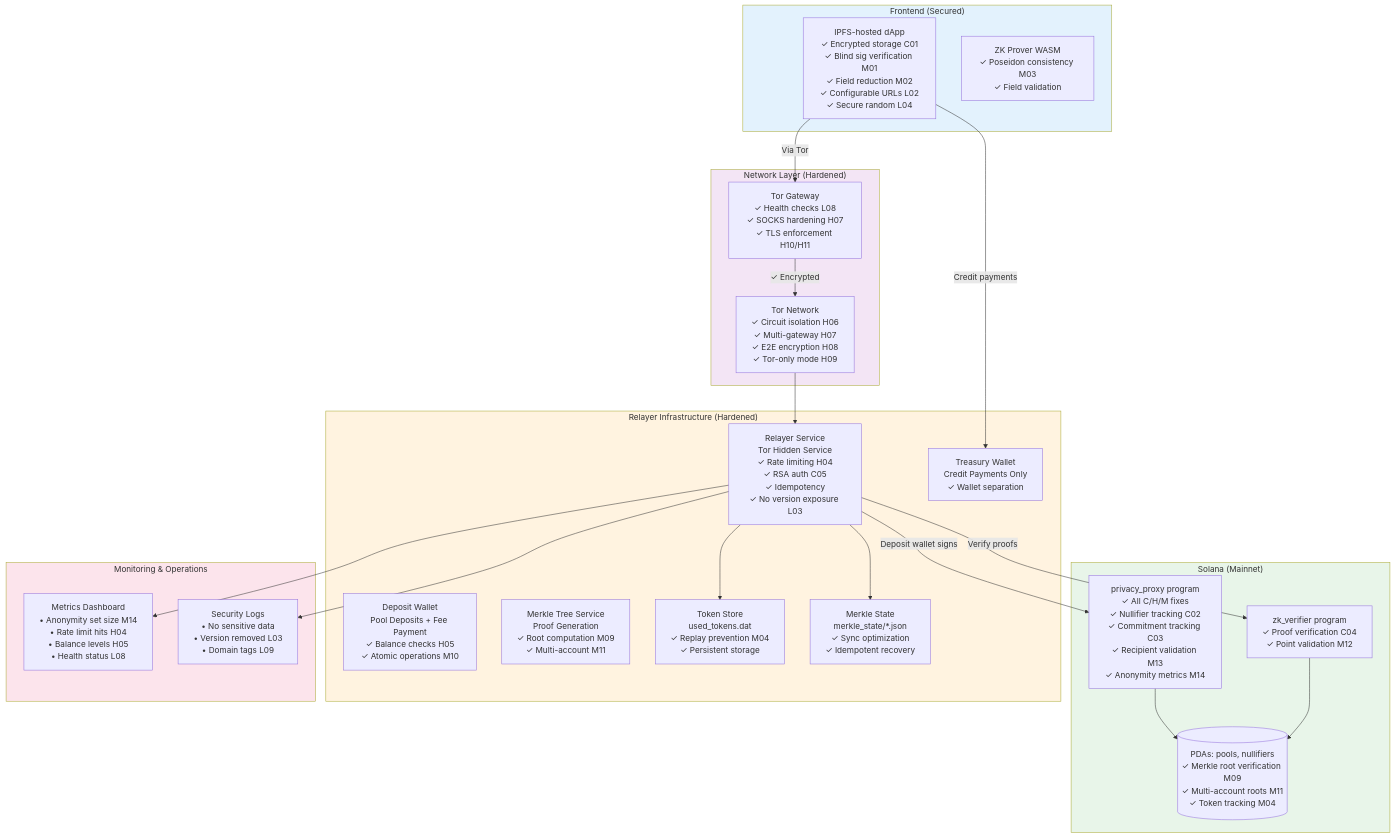
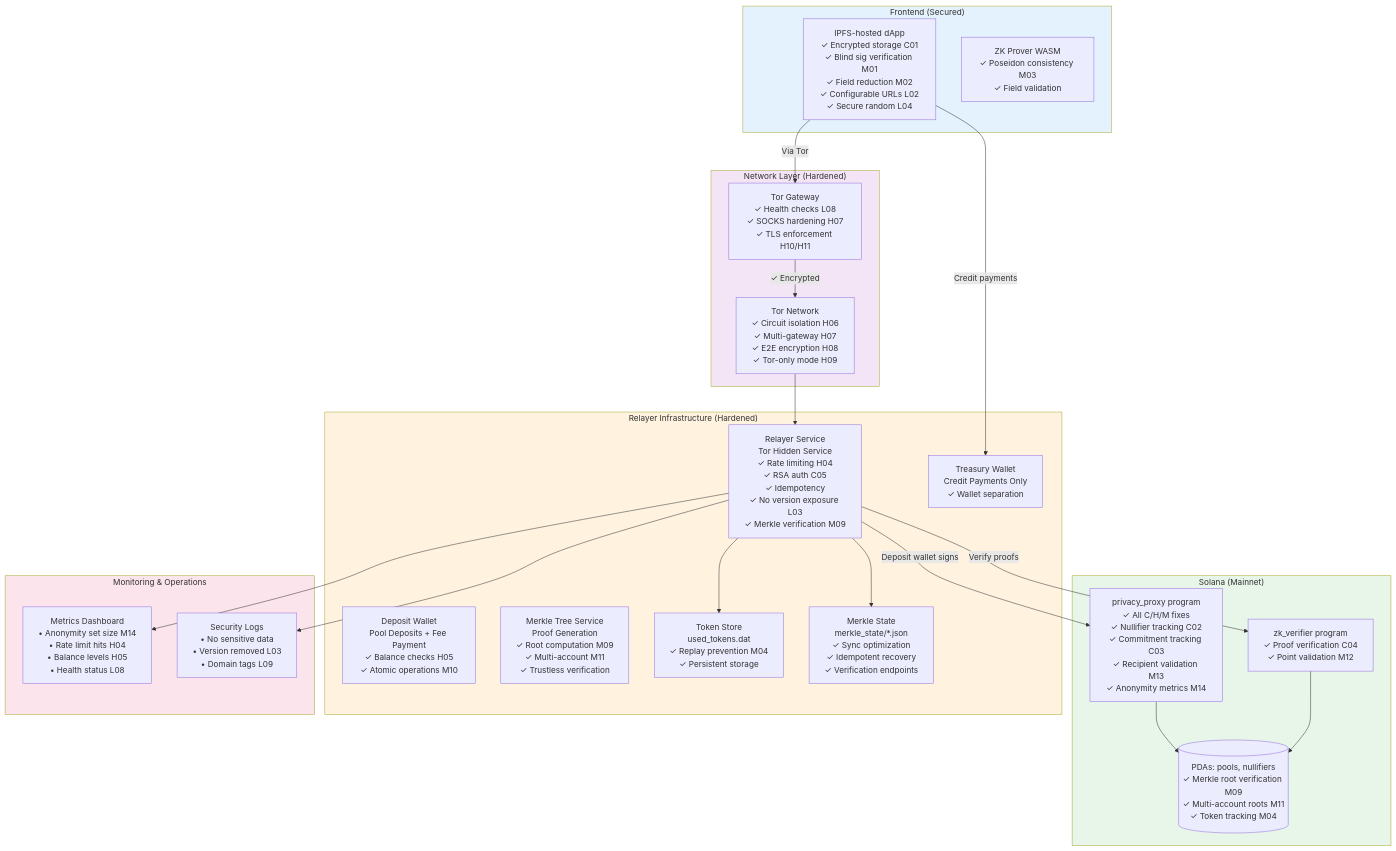
Before and after one commit to MdSadiqMd/TraceZero: diagram 12 of 12 in docs/architecture.md, drawn with Mermaid. The commit also changed other lines of this file and 1 other file, not shown here.

````diff
--- a/docs/architecture.md
+++ b/docs/architecture.md
@@ -1476,51 +1476,51 @@
 ```mermaid
 flowchart TB
     subgraph OnChain["Solana (Mainnet)"]
         PROG1[privacy_proxy program<br/>✓ All C/H/M fixes<br/>✓ Nullifier tracking C02<br/>✓ Commitment tracking C03<br/>✓ Recipient validation M13<br/>✓ Anonymity metrics M14]
         PROG2[zk_verifier program<br/>✓ Proof verification C04<br/>✓ Point validation M12]
         ACCOUNTS[(PDAs: pools, nullifiers<br/>✓ Merkle root verification M09<br/>✓ Multi-account roots M11<br/>✓ Token tracking M04)]
     end
     
     subgraph Relayer["Relayer Infrastructure (Hardened)"]
-        REL1[Relayer Service<br/>Tor Hidden Service<br/>✓ Rate limiting H04<br/>✓ RSA auth C05<br/>✓ Idempotency<br/>✓ No version exposure L03]
+        REL1[Relayer Service<br/>Tor Hidden Service<br/>✓ Rate limiting H04<br/>✓ RSA auth C05<br/>✓ Idempotency<br/>✓ No version exposure L03<br/>✓ Merkle verification M09]
         REL2[Deposit Wallet<br/>Pool Deposits + Fee Payment<br/>✓ Balance checks H05<br/>✓ Atomic operations M10]
         REL2B[Treasury Wallet<br/>Credit Payments Only<br/>✓ Wallet separation]
-        REL3[Merkle Tree Service<br/>Proof Generation<br/>✓ Root computation M09<br/>✓ Multi-account M11]
+        REL3[Merkle Tree Service<br/>Proof Generation<br/>✓ Root computation M09<br/>✓ Multi-account M11<br/>✓ Trustless verification]
         REL4[Token Store<br/>used_tokens.dat<br/>✓ Replay prevention M04<br/>✓ Persistent storage]
-        REL5[Merkle State<br/>merkle_state/*.json<br/>✓ Sync optimization<br/>✓ Idempotent recovery]
+        REL5[Merkle State<br/>merkle_state/*.json<br/>✓ Sync optimization<br/>✓ Idempotent recovery<br/>✓ Verification endpoints]
     end
     
     subgraph Frontend["Frontend (Secured)"]
         WEB[IPFS-hosted dApp<br/>✓ Encrypted storage C01<br/>✓ Blind sig verification M01<br/>✓ Field reduction M02<br/>✓ Configurable URLs L02<br/>✓ Secure random L04]
         WASM[ZK Prover WASM<br/>✓ Poseidon consistency M03<br/>✓ Field validation]
     end
     
     subgraph Network["Network Layer (Hardened)"]
         TOR[Tor Network<br/>✓ Circuit isolation H06<br/>✓ Multi-gateway H07<br/>✓ E2E encryption H08<br/>✓ Tor-only mode H09]
         GATEWAY[Tor Gateway<br/>✓ Health checks L08<br/>✓ SOCKS hardening H07<br/>✓ TLS enforcement H10/H11]
     end
     
     subgraph Monitoring["Monitoring & Operations"]
         MON[Metrics Dashboard<br/>• Anonymity set size M14<br/>• Rate limit hits H04<br/>• Balance levels H05<br/>• Health status L08]
         LOGS[Security Logs<br/>• No sensitive data<br/>• Version removed L03<br/>• Domain tags L09]
     end
     
     WEB -->|Credit payments| REL2B
     WEB -->|Via Tor| GATEWAY
     GATEWAY -->|✓ Encrypted| TOR
     TOR --> REL1
     REL1 -->|Deposit wallet signs| PROG1
     REL1 -->|Verify proofs| PROG2
     PROG1 --> ACCOUNTS
     PROG2 --> ACCOUNTS
     REL1 --> REL4
     REL1 --> REL5
     REL1 --> MON
     REL1 --> LOGS
     
     style OnChain fill:#e8f5e9
     style Relayer fill:#fff3e0
     style Frontend fill:#e3f2fd
     style Network fill:#f3e5f5
     style Monitoring fill:#fce4ec
 ```
````
